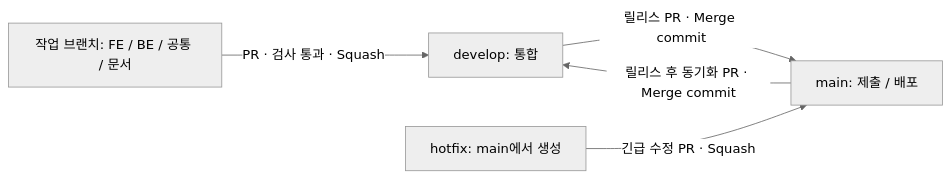
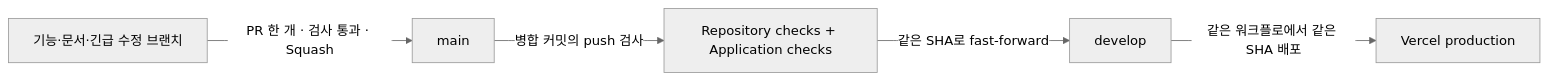
One commit to DavidPark04/hospital-reservation changed the diagram in docs/branch-strategy.md. Above: the diagram before and after it, drawn with Mermaid (neutral theme). The commit also changed other lines of this file and 16 other files, not shown here.

````diff
--- a/docs/branch-strategy.md
+++ b/docs/branch-strategy.md
@@ -5,7 +5,7 @@
 ```mermaid
 flowchart LR
-    Task[작업 브랜치: FE / BE / 공통 / 문서] -->|PR · 검사 통과 · Squash| Develop[develop: 통합]
-    Develop -->|릴리스 PR · Merge commit| Main[main: 제출 / 배포]
-    Main -->|릴리스 후 동기화 PR · Merge commit| Develop
-    Hotfix[hotfix: main에서 생성] -->|긴급 수정 PR · Squash| Main
+    Task[기능·문서·긴급 수정 브랜치] -->|PR 한 개 · 검사 통과 · Squash| Main[main]
+    Main -->|병합 커밋의 push 검사| CI[Repository checks + Application checks]
+    CI -->|같은 SHA로 fast-forward| Develop[develop]
+    Develop -->|같은 워크플로에서 같은 SHA 배포| Vercel[Vercel production]
 ```
````
